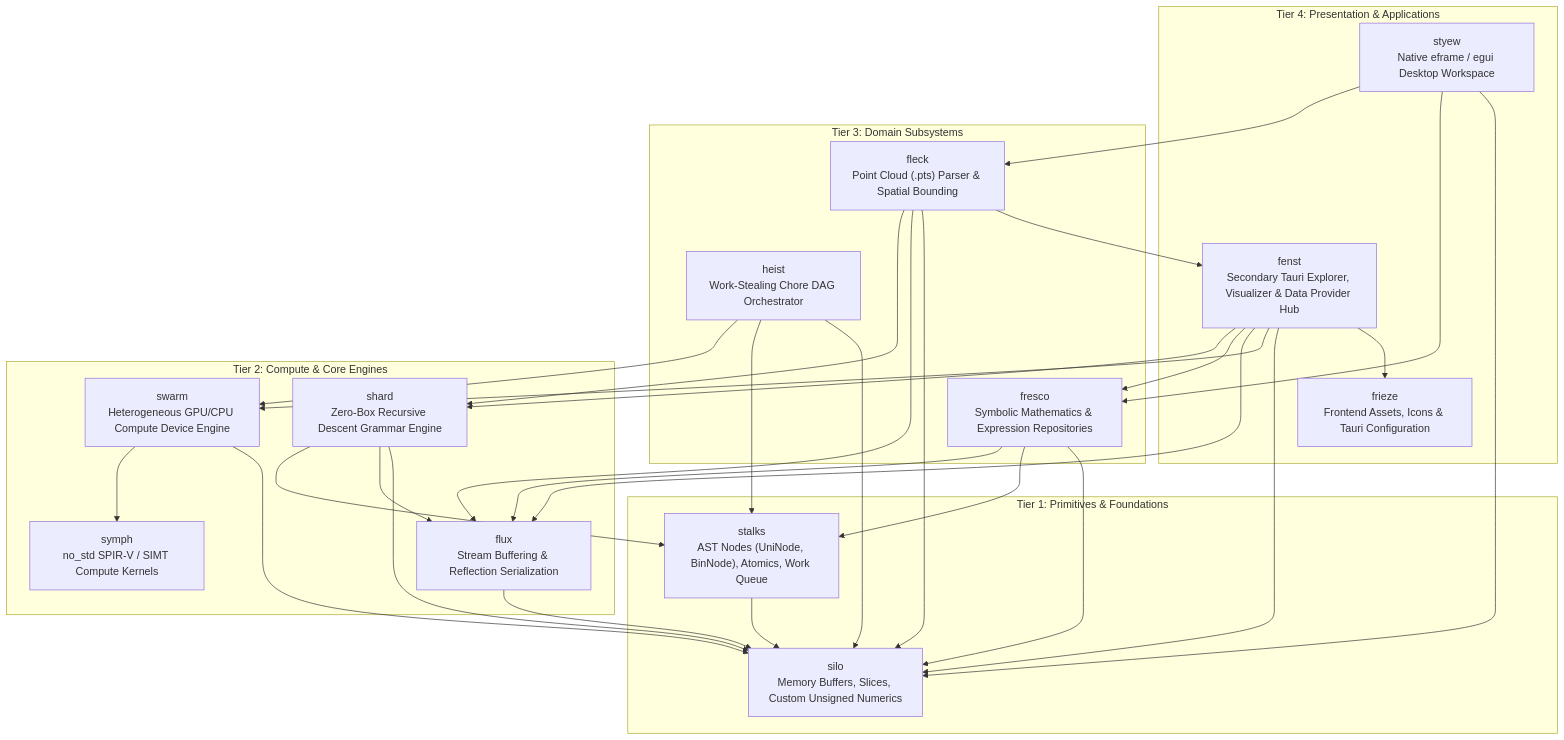
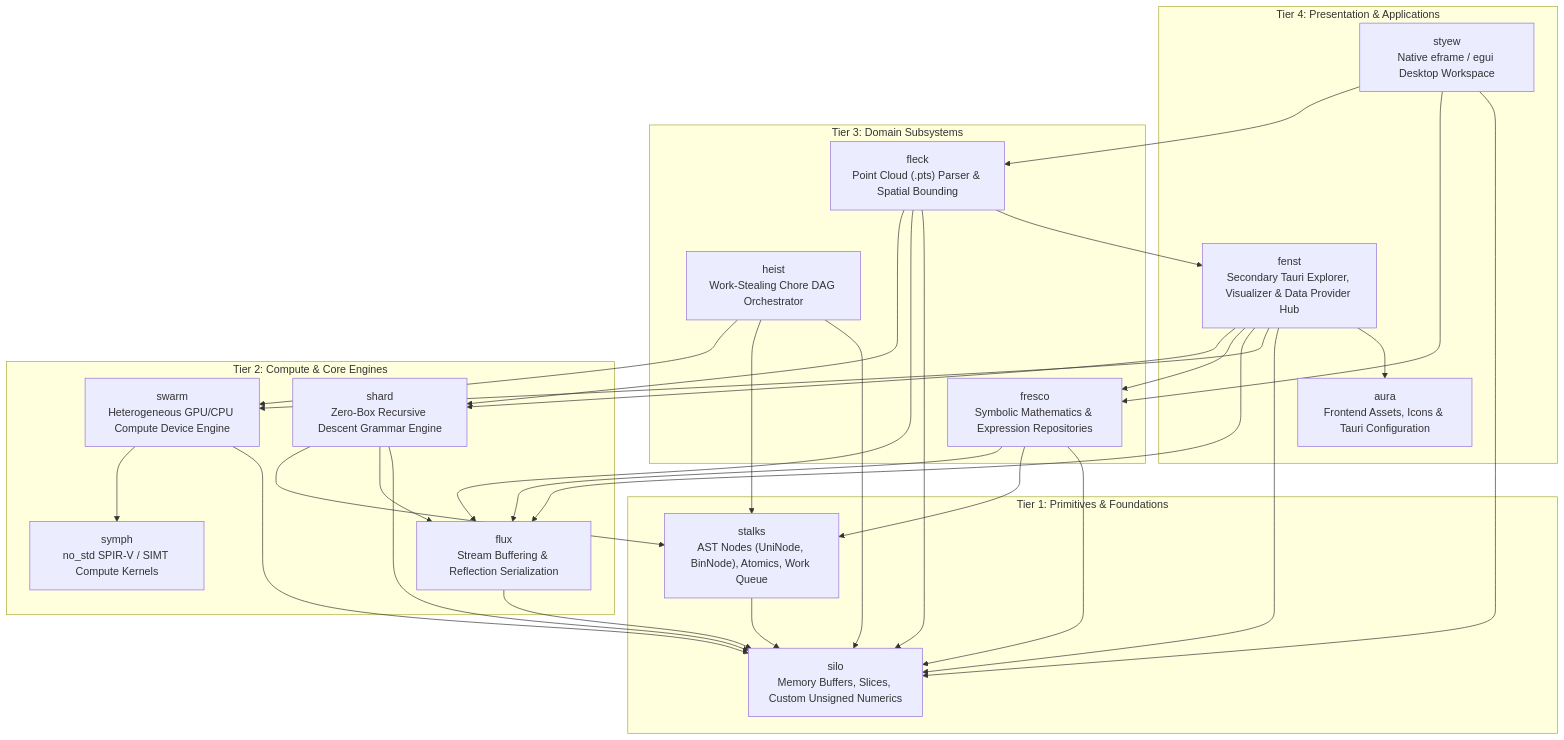
Before and after one commit to jswarup/Kosh: the first of 2 diagrams in wiki/Architecture.md, drawn with Mermaid. The commit also changed other lines of this file and 25 other files, not shown here.

First line of the commit message:
Rename frieze to aura

````diff
--- a/wiki/Architecture.md
+++ b/wiki/Architecture.md
@@ -17,59 +17,59 @@
 ```mermaid
 graph TD
     subgraph Layer4 ["Tier 4: Presentation & Applications"]
         Styew["styew<br/>Native eframe / egui Desktop Workspace"]
         Fenst["fenst<br/>Secondary Tauri Explorer, Visualizer & Data Provider Hub"]
-        Frieze["frieze<br/>Frontend Assets, Icons & Tauri Configuration"]
+        Aura["aura<br/>Frontend Assets, Icons & Tauri Configuration"]
     end
 
     subgraph Layer3 ["Tier 3: Domain Subsystems"]
         Fleck["fleck<br/>Point Cloud (.pts) Parser & Spatial Bounding"]
         Fresco["fresco<br/>Symbolic Mathematics & Expression Repositories"]
         Heist["heist<br/>Work-Stealing Chore DAG Orchestrator"]
     end
 
     subgraph Layer2 ["Tier 2: Compute & Core Engines"]
         Swarm["swarm<br/>Heterogeneous GPU/CPU Compute Device Engine"]
         Symph["symph<br/>no_std SPIR-V / SIMT Compute Kernels"]
         Shard["shard<br/>Zero-Box Recursive Descent Grammar Engine"]
         Flux["flux<br/>Stream Buffering & Reflection Serialization"]
     end
 
     subgraph Layer1 ["Tier 1: Primitives & Foundations"]
         Stalks["stalks<br/>AST Nodes (UniNode, BinNode), Atomics, Work Queue"]
         Silo["silo<br/>Memory Buffers, Slices, Custom Unsigned Numerics"]
     end
 
     Styew --> Fleck
     Styew --> Fresco
     Styew --> Silo
     Fenst --> Shard
     Fenst --> Fresco
     Fenst --> Flux
     Fenst --> Swarm
     Fenst --> Silo
-    Fenst --> Frieze
+    Fenst --> Aura
 
     Fleck --> Shard
     Fleck --> Flux
     Fleck --> Silo
     Fleck --> Fenst
 
     Fresco --> Flux
     Fresco --> Stalks
     Fresco --> Silo
 
     Heist --> Swarm
     Heist --> Stalks
     Heist --> Silo
 
     Swarm --> Symph
     Swarm --> Silo
 
     Shard --> Stalks
     Shard --> Flux
     Shard --> Silo
 
     Flux --> Silo
     Stalks --> Silo
 ```
````
